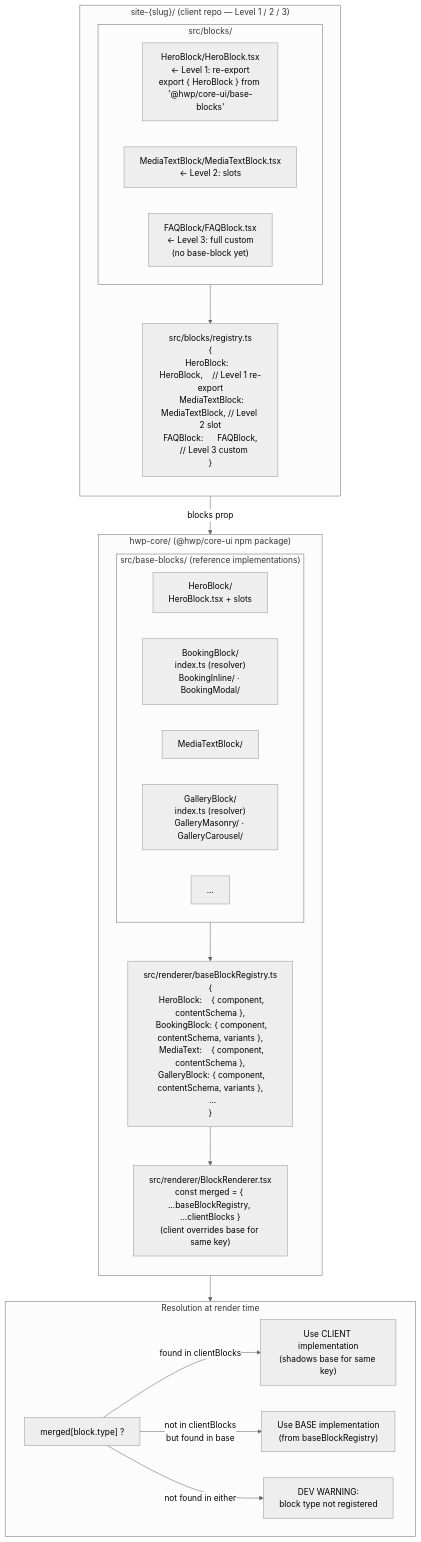
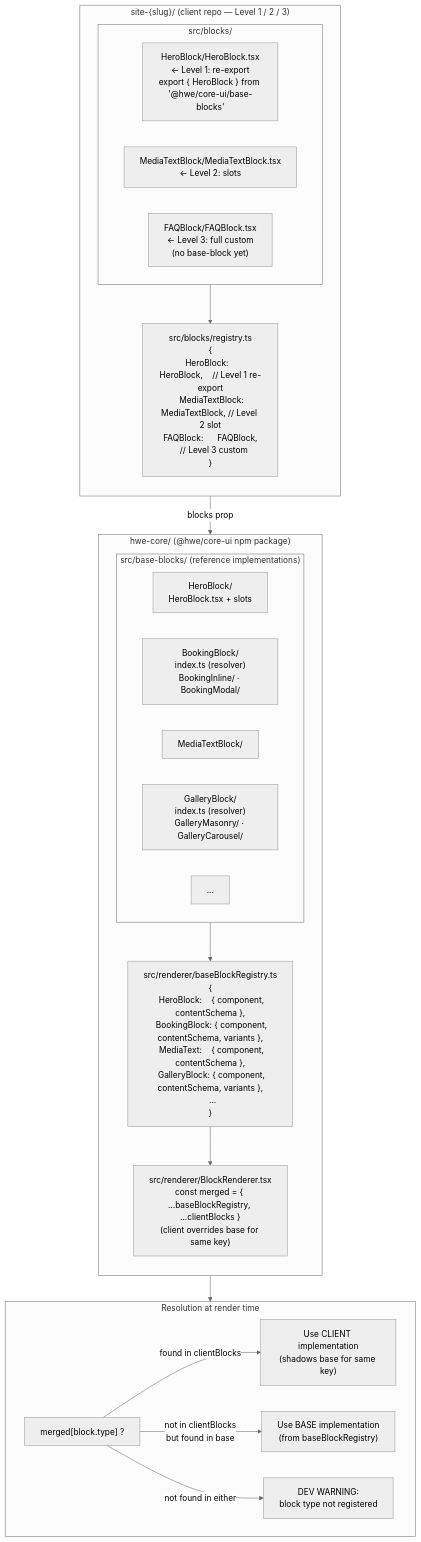
Before and after one commit to AD-Web-Headless-IA/hwe-tools: the diagram in docs/diagrams/block-resolution-chain.md, drawn with Mermaid (neutral theme). The commit also changed other lines of this file and 90 other files, not shown here.

Commit message:
modificadas referencias de hwp a hwe

````diff
--- a/docs/diagrams/block-resolution-chain.md
+++ b/docs/diagrams/block-resolution-chain.md
@@ -7,50 +7,50 @@
 ```mermaid
 flowchart TB
-  subgraph hwp_core["hwp-core/ (@hwp/core-ui npm package)"]
+  subgraph hwe_core["hwe-core/ (@hwe/core-ui npm package)"]
     direction TB
 
     subgraph base_blocks["src/base-blocks/  (reference implementations)"]
       direction LR
       bb_hero["HeroBlock/\nHeroBlock.tsx + slots"]
       bb_booking["BookingBlock/\nindex.ts (resolver)\nBookingInline/ · BookingModal/"]
       bb_media["MediaTextBlock/"]
       bb_gallery["GalleryBlock/\nindex.ts (resolver)\nGalleryMasonry/ · GalleryCarousel/"]
       bb_etc["..."]
     end
 
     base_registry["src/renderer/baseBlockRegistry.ts\n{\n  HeroBlock:    { component, contentSchema },\n  BookingBlock: { component, contentSchema, variants },\n  MediaText:    { component, contentSchema },\n  GalleryBlock: { component, contentSchema, variants },\n  ...\n}"]
 
     blockrenderer["src/renderer/BlockRenderer.tsx\nconst merged = { ...baseBlockRegistry, ...clientBlocks }\n(client overrides base for same key)"]
   end
 
   subgraph client_repo["site-{slug}/  (client repo — Level 1 / 2 / 3)"]
     direction TB
 
     subgraph client_blocks_dir["src/blocks/"]
       direction LR
-      l1["HeroBlock/HeroBlock.tsx\n← Level 1: re-export\nexport { HeroBlock } from '@hwp/core-ui/base-blocks'"]
+      l1["HeroBlock/HeroBlock.tsx\n← Level 1: re-export\nexport { HeroBlock } from '@hwe/core-ui/base-blocks'"]
       l2["MediaTextBlock/MediaTextBlock.tsx\n← Level 2: slots\n<BaseMedia ... heading={myHeading} />"]
       l3["FAQBlock/FAQBlock.tsx\n← Level 3: full custom\n(no base-block yet)"]
     end
 
     client_registry["src/blocks/registry.ts\n{\n  HeroBlock:     HeroBlock,    // Level 1 re-export\n  MediaTextBlock: MediaTextBlock, // Level 2 slot\n  FAQBlock:      FAQBlock,     // Level 3 custom\n}"]
   end
 
   subgraph resolution["Resolution at render time"]
     direction LR
     check["merged[block.type] ?"]
     use_client["Use CLIENT implementation\n(shadows base for same key)"]
     use_base["Use BASE implementation\n(from baseBlockRegistry)"]
     warn["DEV WARNING:\nblock type not registered"]
 
     check -- "found in clientBlocks" --> use_client
     check -- "not in clientBlocks\nbut found in base" --> use_base
     check -- "not found in either" --> warn
   end
 
   base_blocks --> base_registry
   client_blocks_dir --> client_registry
   base_registry --> blockrenderer
   client_registry -- "blocks prop" --> blockrenderer
   blockrenderer --> check
 ```
````
